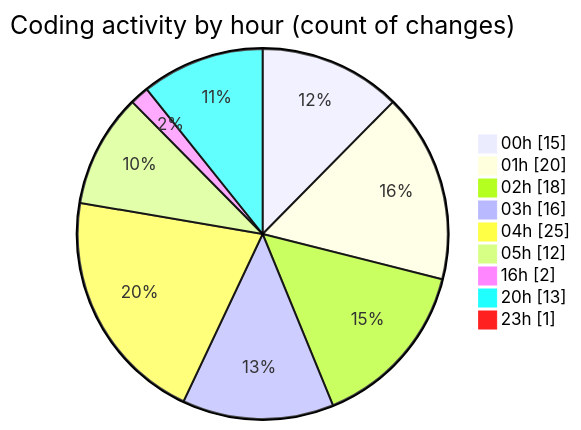
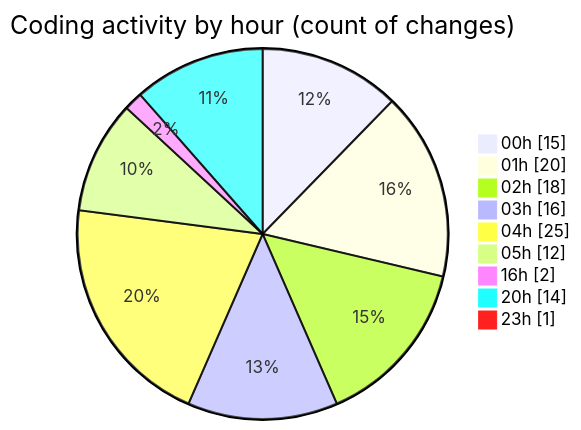
Before and after one commit to lephambinh05/code-tracking: the second of 2 diagrams in 2025-08-04/studybuddy/README.md, drawn with Mermaid. The commit also changed other lines of this file and 1 other file, not shown here.

````diff
--- a/2025-08-04/studybuddy/README.md
+++ b/2025-08-04/studybuddy/README.md
@@ -58,13 +58,13 @@
 ```mermaid
 pie showData
 title Coding activity by hour (count of changes)
 "00h" : 15
 "01h" : 20
 "02h" : 18
 "03h" : 16
 "04h" : 25
 "05h" : 12
 "16h" : 2
-"20h" : 13
+"20h" : 14
 "23h" : 1
 ```
````
